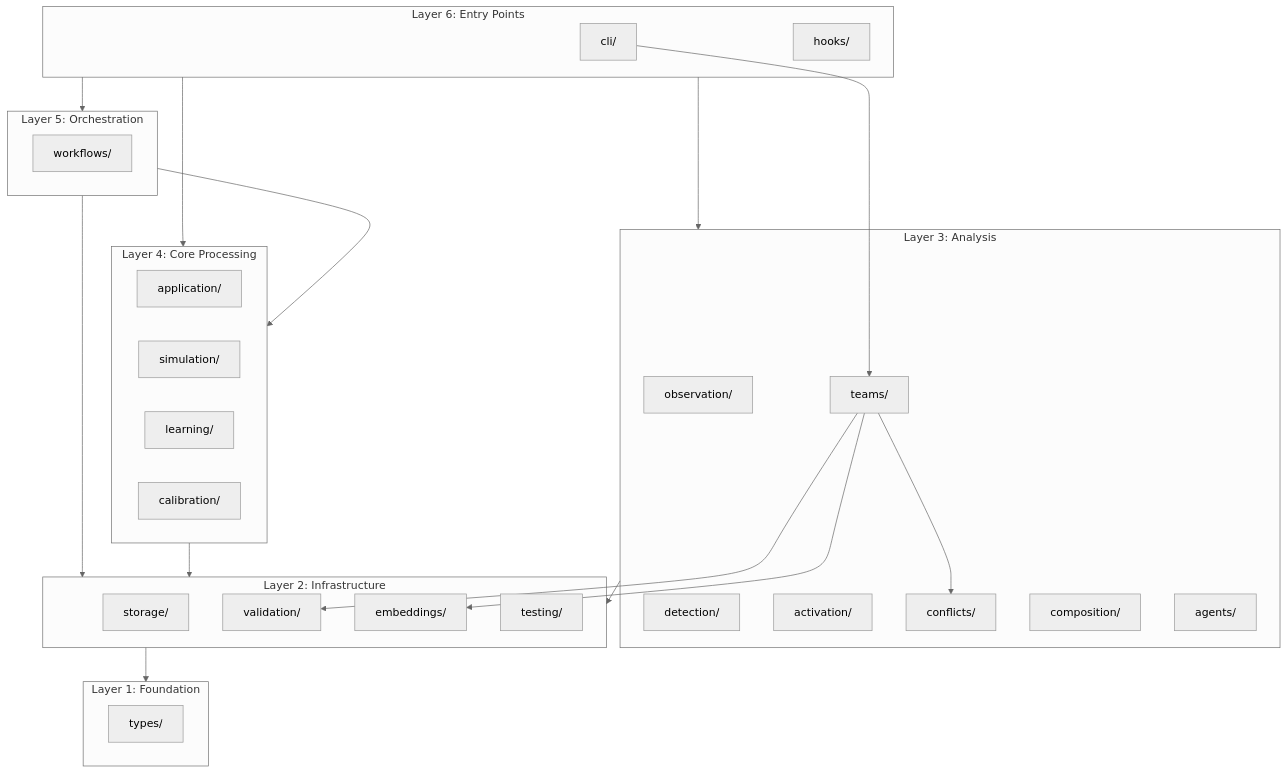
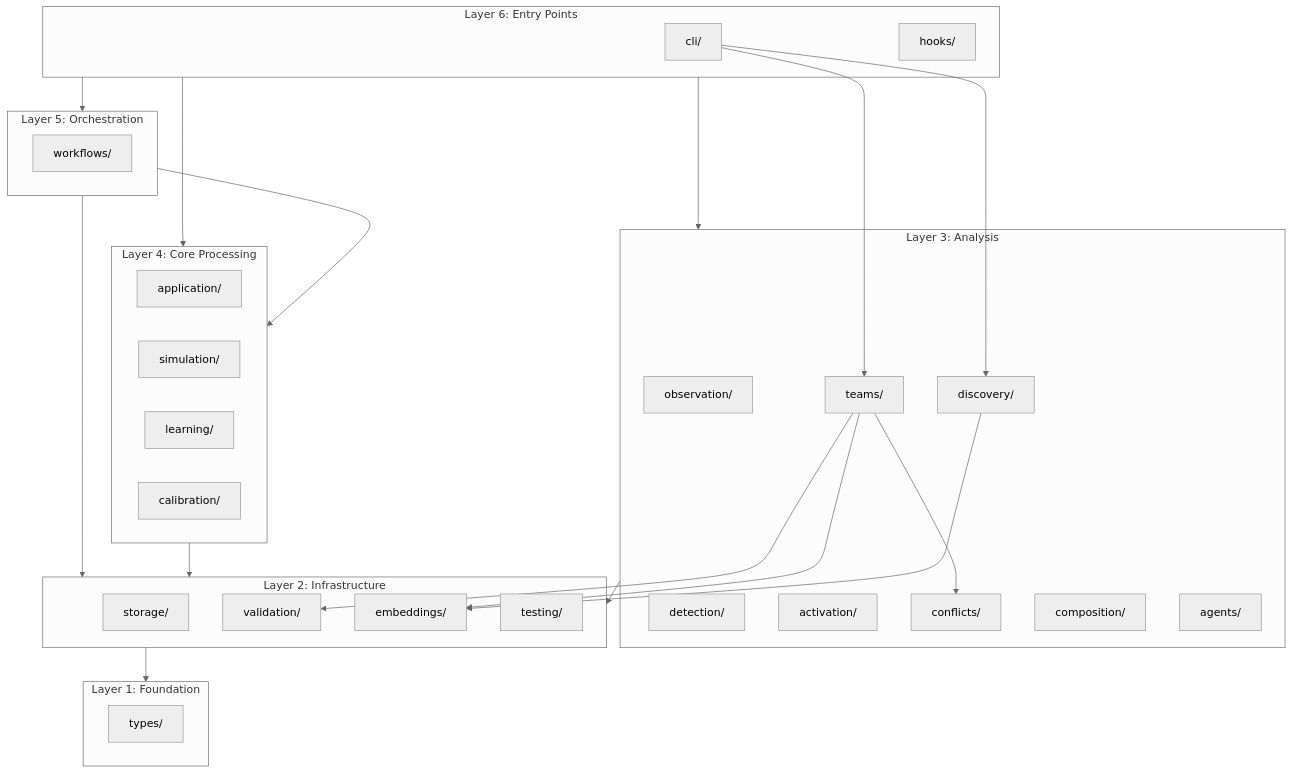
The diagram in docs/architecture/layers.md (Tibsfox/gsd-skill-creator), drawn with Mermaid (neutral theme) before and after one commit. The commit also changed other lines of this file and 4 other files, not shown here.

````diff
--- a/docs/architecture/layers.md
+++ b/docs/architecture/layers.md
@@ -51,53 +52,56 @@
 ```mermaid
 graph TB
     subgraph L6["Layer 6: Entry Points"]
         CLI[cli/]
         Hooks[hooks/]
     end
 
     subgraph L5["Layer 5: Orchestration"]
         Workflows[workflows/]
     end
 
     subgraph L4["Layer 4: Core Processing"]
         App[application/]
         Sim[simulation/]
         Learn[learning/]
         Cal[calibration/]
     end
 
     subgraph L3["Layer 3: Analysis"]
         Obs[observation/]
         Det[detection/]
         Act[activation/]
         Conf[conflicts/]
         Comp[composition/]
         Agents[agents/]
         Teams[teams/]
+        Disc[discovery/]
     end
 
     subgraph L2["Layer 2: Infrastructure"]
         Store[storage/]
         Val[validation/]
         Emb[embeddings/]
         Test[testing/]
     end
 
     subgraph L1["Layer 1: Foundation"]
         Types[types/]
     end
 
     L6 --> L5
     L6 --> L4
     L6 --> L3
     L5 --> L4
     L5 --> L2
     L4 --> L2
     L3 --> L2
     L2 --> L1
 
     CLI --> Teams
+    CLI --> Disc
     Teams --> Val
     Teams --> Emb
     Teams --> Conf
+    Disc --> Emb
 ```
````
